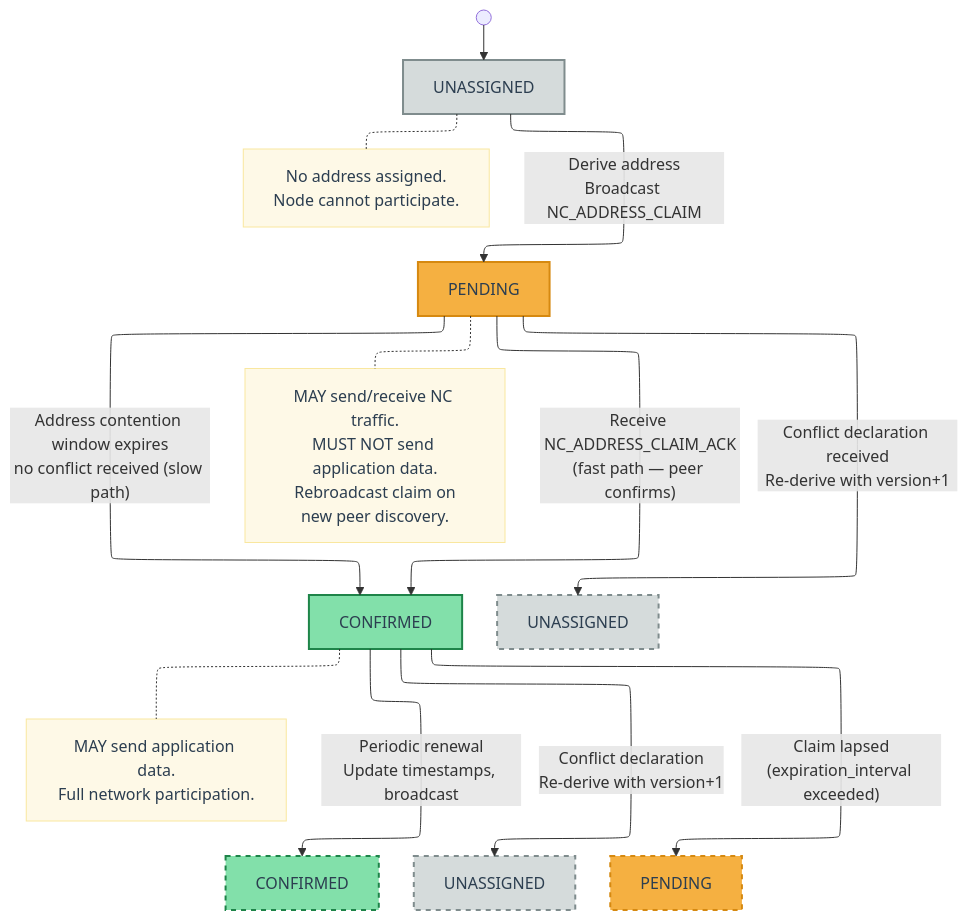
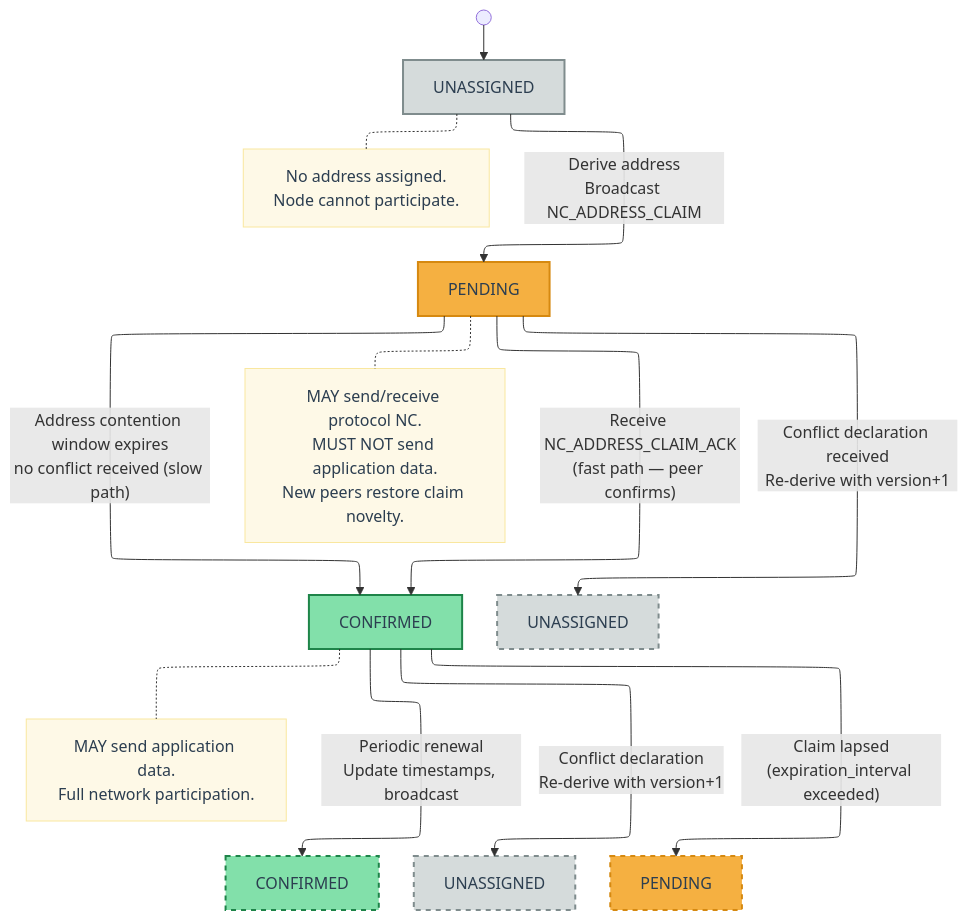
The first of 4 diagrams in sections/11-network-layer.md (Poseidons-Forge/m4p-spec), drawn with Mermaid before and after one commit. The commit also changed other lines of this file and 1 other file, not shown here.

````diff
--- a/sections/11-network-layer.md
+++ b/sections/11-network-layer.md
@@ -159,40 +159,40 @@
 ```mermaid
 ---
 config:
   theme: default
   layout: elk
   themeVariables:
     background: '#ffffff'
   elk:
     mergeEdges: false
     nodePlacementStrategy: SIMPLE
 ---
 flowchart TD
     START(( )) --> UNASSIGNED["UNASSIGNED"]:::unassigned
 
     UNASSIGNED -->|"Derive address<br>Broadcast NC_ADDRESS_CLAIM"| PENDING["PENDING"]:::pending
 
     PENDING -->|"Receive NC_ADDRESS_CLAIM_ACK<br>(fast path — peer confirms)"| CONFIRMED["CONFIRMED"]:::confirmed
     PENDING -->|"Address contention window expires<br>no conflict received (slow path)"| CONFIRMED
     PENDING -->|"Conflict declaration received<br>Re-derive with version+1"| P_UNASSIGNED["UNASSIGNED"]:::ref
 
     CONFIRMED -->|"Periodic renewal<br>Update timestamps, broadcast"| C_CONFIRMED["CONFIRMED"]:::confirmed_ref
     CONFIRMED -->|"Conflict declaration<br>Re-derive with version+1"| C_UNASSIGNED["UNASSIGNED"]:::ref
     CONFIRMED -->|"Claim lapsed<br>(expiration_interval exceeded)"| C_PENDING["PENDING"]:::pending_ref
 
     NOTE_U["No address assigned.<br>Node cannot participate."]:::note
-    NOTE_P["MAY send/receive NC traffic.<br>MUST NOT send application data.<br>Rebroadcast claim on<br>new peer discovery."]:::note
+    NOTE_P["MAY send/receive protocol NC.<br>MUST NOT send application data.<br>New peers restore claim novelty."]:::note
     NOTE_C["MAY send application data.<br>Full network participation."]:::note
 
     UNASSIGNED -.- NOTE_U
     PENDING -.- NOTE_P
     CONFIRMED -.- NOTE_C
 
     classDef unassigned fill:#d5dbdb,color:#2c3e50,stroke:#7f8c8d,stroke-width:2px
     classDef pending fill:#f5b041,color:#2c3e50,stroke:#d68910,stroke-width:2px
     classDef confirmed fill:#82e0aa,color:#2c3e50,stroke:#1e8449,stroke-width:2px
     classDef ref fill:#d5dbdb,color:#2c3e50,stroke:#7f8c8d,stroke-width:2px,stroke-dasharray:5 5
     classDef pending_ref fill:#f5b041,color:#2c3e50,stroke:#d68910,stroke-width:2px,stroke-dasharray:5 5
     classDef confirmed_ref fill:#82e0aa,color:#2c3e50,stroke:#1e8449,stroke-width:2px,stroke-dasharray:5 5
     classDef note fill:#fef9e7,color:#2c3e50,stroke:#f9e79f,stroke-width:1px
 ```
````
